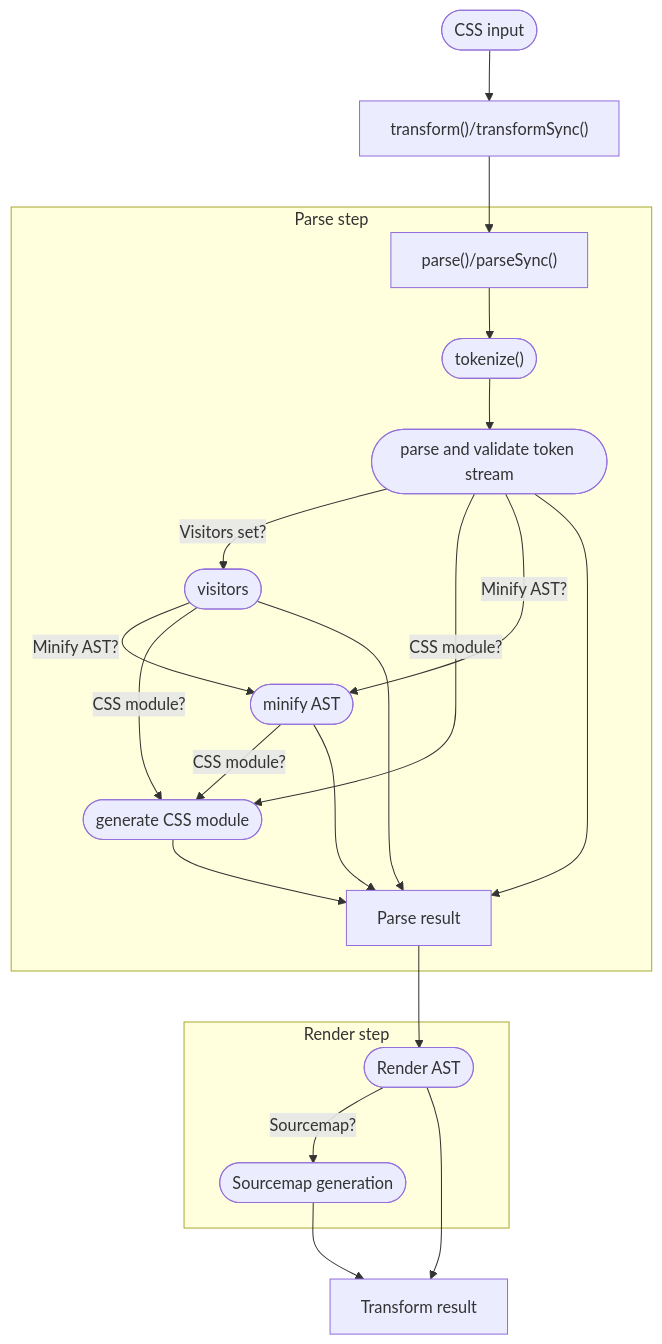
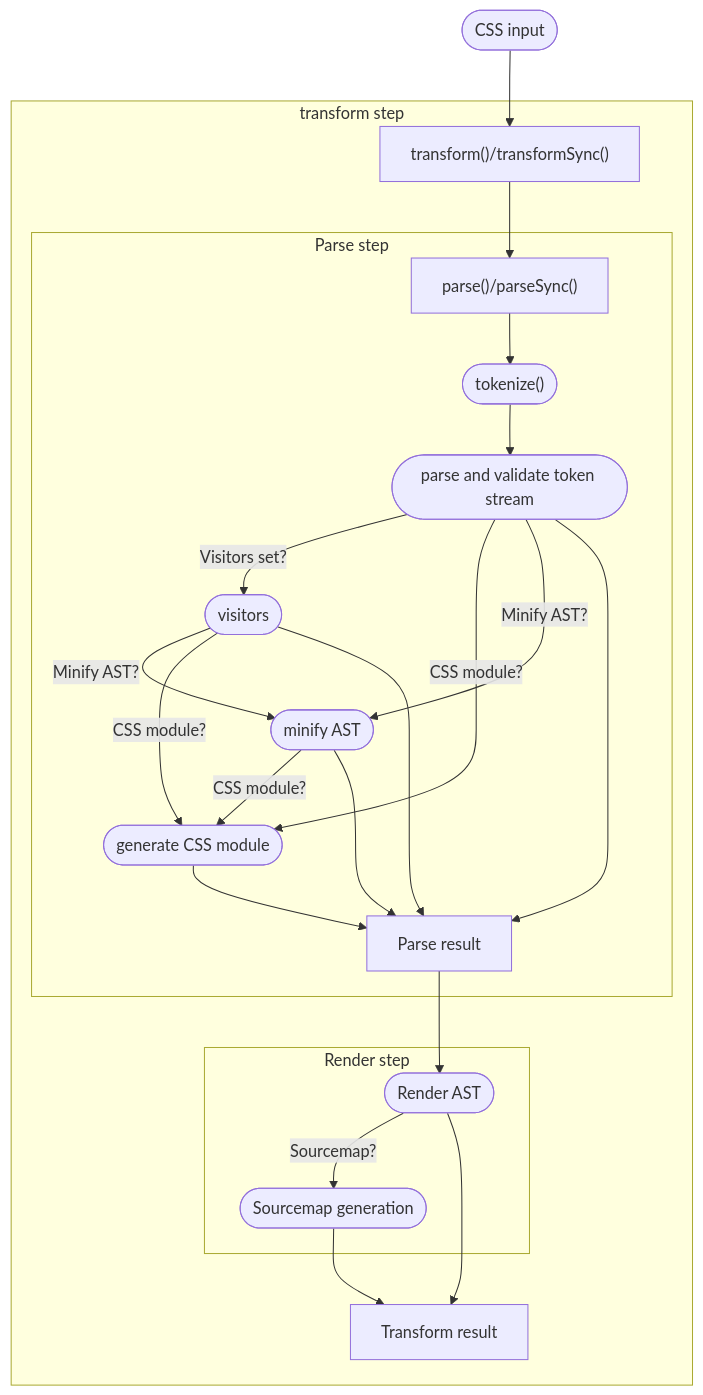
The diagram in README.md (tbela99/css-parser), drawn with Mermaid before and after one commit. The commit also changed other lines of this file and 1 other file, not shown here.

Commit message:
adding architecture graph

````diff
--- a/README.md
+++ b/README.md
@@ -244,54 +245,58 @@
 ```mermaid
 flowchart TD
     %% --- Transform ---
     Input(["CSS input"])
-    transform["transform()/transformSync()"]
 
 
     %% The Grouped Container
-    subgraph Group1 ["Parse step"]
+    subgraph Group10["transform step"]
 
-        %% --- Parse step ---
-        parse["parse()/parseSync()"]
-        tokenize(["tokenize()"])
-        parseNode(["parse and validate token stream"])
-        visitors(["visitors"])
-        minify(["minify AST"])
-        cssModules(["generate CSS module"])
-        parseResult["Parse result"]
-    end
-
-    %% The Grouped Container
-    subgraph Group2 ["Render step"]
-
-        %% --- Render step ---
-        renderAst(["Render AST"])
-        sourcemap(["Sourcemap generation"])
-
-    end
+        transform["transform()/transformSync()"]
 
 
-    %% --- Result step ---
-    transformResult["Transform result"]
+        %% The Grouped Container
+        subgraph Group1 ["Parse step"]
+
+            %% --- Parse step ---
+            parse["parse()/parseSync()"]
+            tokenize(["tokenize()"])
+            parseNode(["parse and validate token stream"])
+            visitors(["visitors"])
+            minify(["minify AST"])
+            cssModules(["generate CSS module"])
+            parseResult["Parse result"]
+        end
+
+        %% The Grouped Container
+        subgraph Group2 ["Render step"]
+
+            %% --- Render step ---
+            renderAst(["Render AST"])
+            sourcemap([Sourcemap generation])
+
+        end
+
+        %% --- Result step ---
+        transformResult["Transform result"]
+    end 
 
     %% --- Routing step ---
     Input --> transform
     transform --> parse
     parse --> tokenize
     tokenize --> parseNode
     parseNode -- "Visitors set?"  --> visitors
     visitors -- "Minify AST?"  --> minify
     minify -- "CSS module?"  --> cssModules
     visitors -- "CSS module?"  --> cssModules
     cssModules --> parseResult
     parseNode -- "CSS module?" --> cssModules
     parseNode -- "Minify AST?"  --> minify
     parseNode --> parseResult
     visitors --> parseResult
     minify --> parseResult
     parseResult --> renderAst
     renderAst -- "Sourcemap?" --> sourcemap
     renderAst --> transformResult
     sourcemap --> transformResult
-
 ```
````
